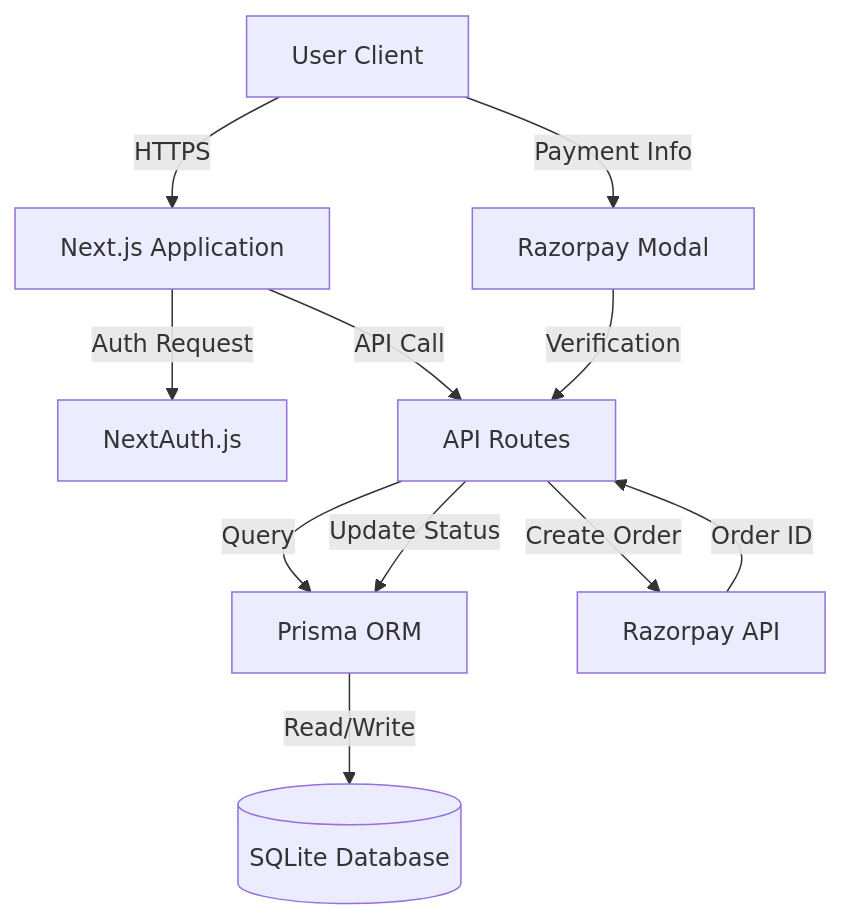
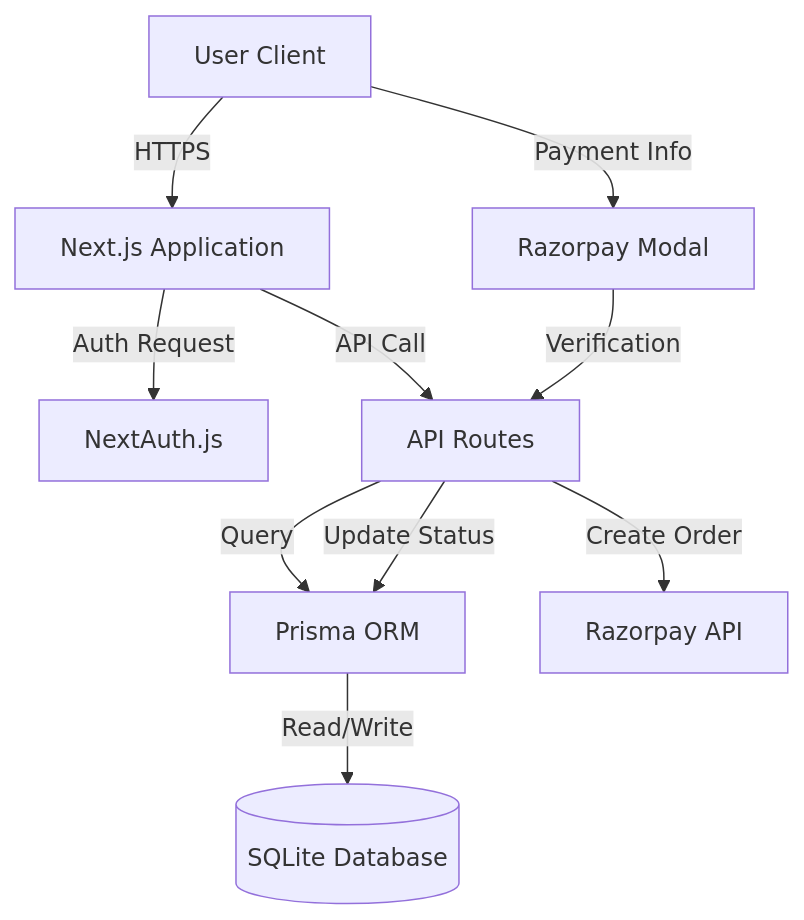
One commit to heheyashasvi/donation-management-system changed the diagram in project_report.md. Above: the diagram before and after it, drawn with Mermaid. The commit also changed other lines of this file and 1 other file, not shown here.

````diff
--- a/project_report.md
+++ b/project_report.md
@@ -17,13 +20,12 @@
 ```mermaid
 graph TD
     User[User Client] -->|HTTPS| NextApp[Next.js Application]
     NextApp -->|Auth Request| NextAuth[NextAuth.js]
     NextApp -->|API Call| API[API Routes]
     API -->|Query| Prisma[Prisma ORM]
     Prisma -->|Read/Write| DB[(SQLite Database)]
     API -->|Create Order| Razorpay[Razorpay API]
-    Razorpay -->|Order ID| API
     User -->|Payment Info| RazorpayClient[Razorpay Modal]
     RazorpayClient -->|Verification| API
     API -->|Update Status| Prisma
 ```
````
